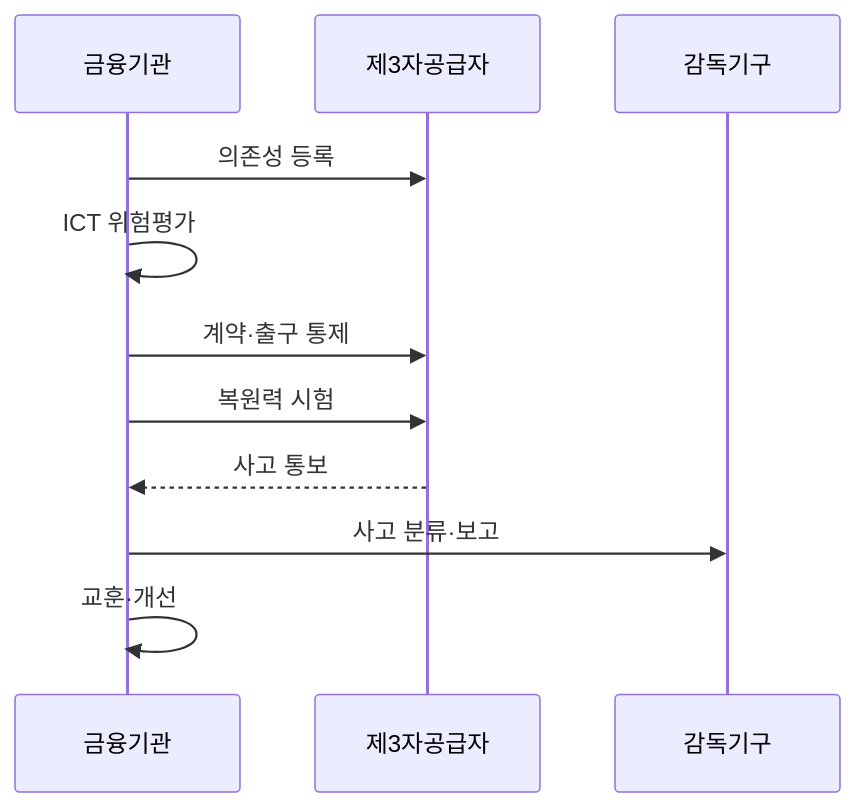
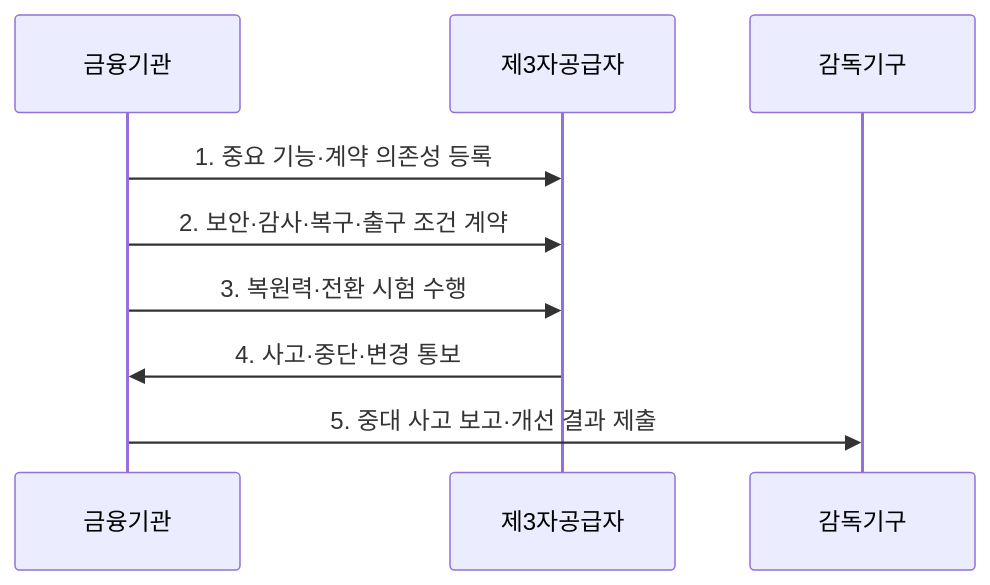
One commit to agnusdei1207/knowledge-base changed the second of 2 diagrams in src/content/docs/notes/07-law-policy/034_eu_dora.md. Above: the diagram before and after it, drawn with Mermaid. The commit also changed other lines of this file and 9 other files, not shown here.

````diff
--- a/src/content/docs/notes/07-law-policy/034_eu_dora.md
+++ b/src/content/docs/notes/07-law-policy/034_eu_dora.md
@@ -80,13 +79,11 @@
 ```mermaid
 sequenceDiagram
     participant F as 금융기관
     participant T as 제3자공급자
     participant A as 감독기구
-    F->>T: 의존성 등록
-    F->>F: ICT 위험평가
-    F->>T: 계약·출구 통제
-    F->>T: 복원력 시험
-    T-->>F: 사고 통보
-    F->>A: 사고 분류·보고
-    F->>F: 교훈·개선
+    F->>T: 1. 중요 기능·계약 의존성 등록
+    F->>T: 2. 보안·감사·복구·출구 조건 계약
+    F->>T: 3. 복원력·전환 시험 수행
+    T->>F: 4. 사고·중단·변경 통보
+    F->>A: 5. 중대 사고 보고·개선 결과 제출
 ```
````
